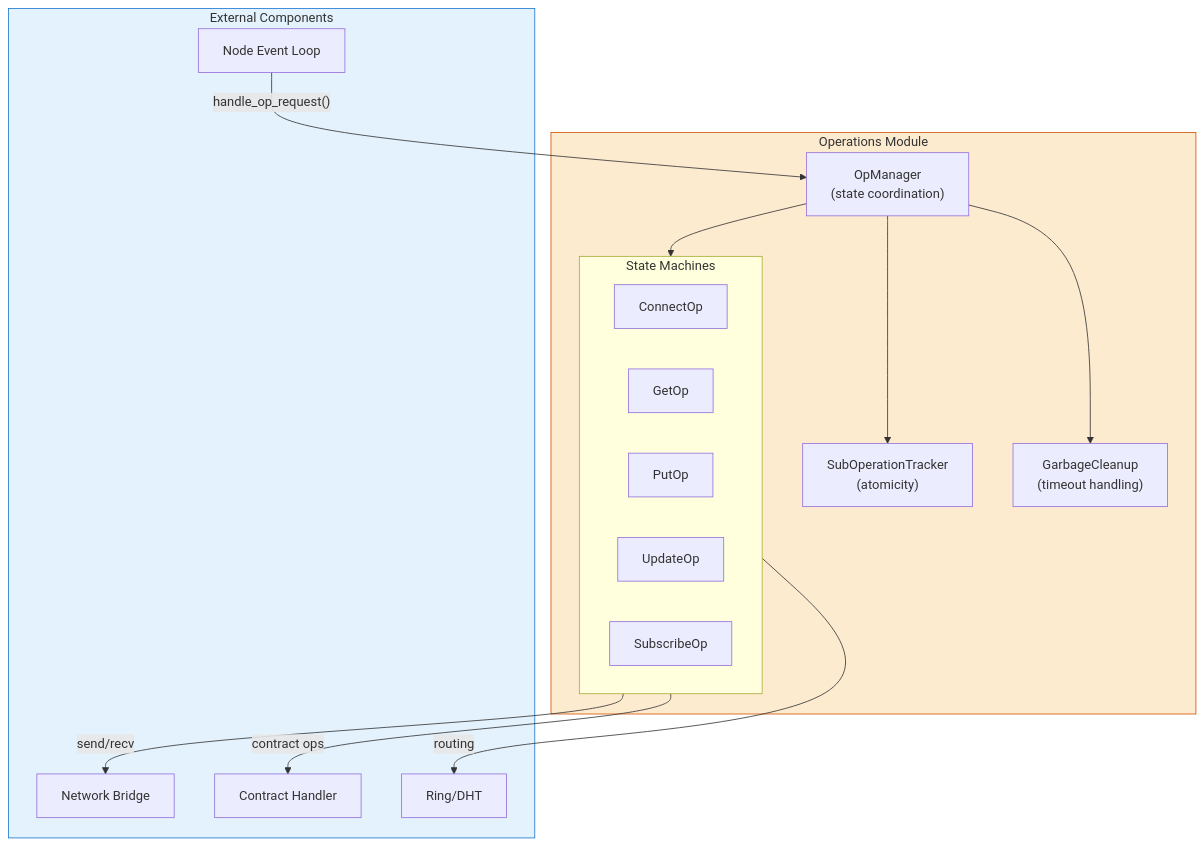
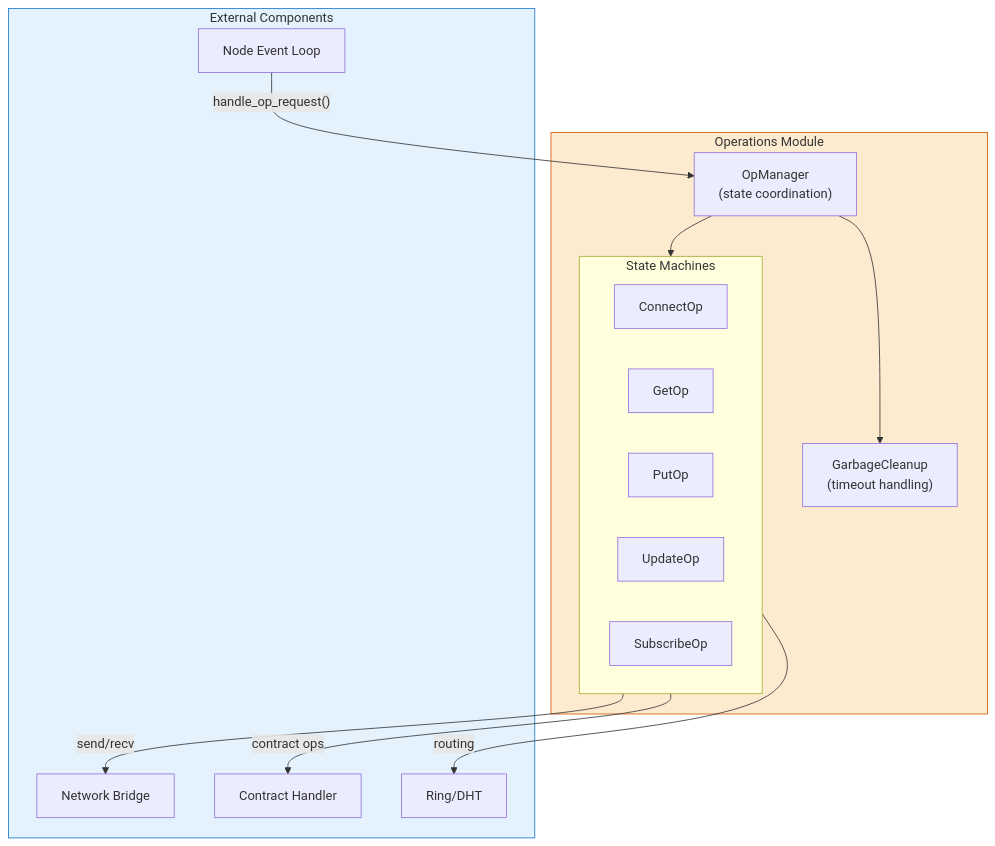
The first of 10 diagrams in docs/architecture/operations/README.md (freenet/freenet-core), drawn with Mermaid before and after one commit. The commit also changed other lines of this file, not shown here.

First line of the commit message:
docs: update operations architecture for SubOperationTracker retirement

````diff
--- a/docs/architecture/operations/README.md
+++ b/docs/architecture/operations/README.md
@@ -16,33 +16,31 @@
 ```mermaid
 flowchart TB
     subgraph Operations["Operations Module"]
         OpMgr["OpManager<br/>(state coordination)"]
         subgraph StateMachines["State Machines"]
             Connect["ConnectOp"]
             Get["GetOp"]
             Put["PutOp"]
             Update["UpdateOp"]
             Subscribe["SubscribeOp"]
         end
-        SubTracker["SubOperationTracker<br/>(atomicity)"]
         Cleanup["GarbageCleanup<br/>(timeout handling)"]
     end
 
     subgraph External["External Components"]
         Node["Node Event Loop"]
         Network["Network Bridge"]
         Contracts["Contract Handler"]
         Ring["Ring/DHT"]
     end
 
     Node -->|"handle_op_request()"| OpMgr
     OpMgr --> StateMachines
     StateMachines -->|"routing"| Ring
     StateMachines -->|"contract ops"| Contracts
     StateMachines -->|"send/recv"| Network
-    OpMgr --> SubTracker
     OpMgr --> Cleanup
 
     style Operations fill:#fdebd0,stroke:#d35400
     style External fill:#e3f2fd,stroke:#1976d2
 ```
````
